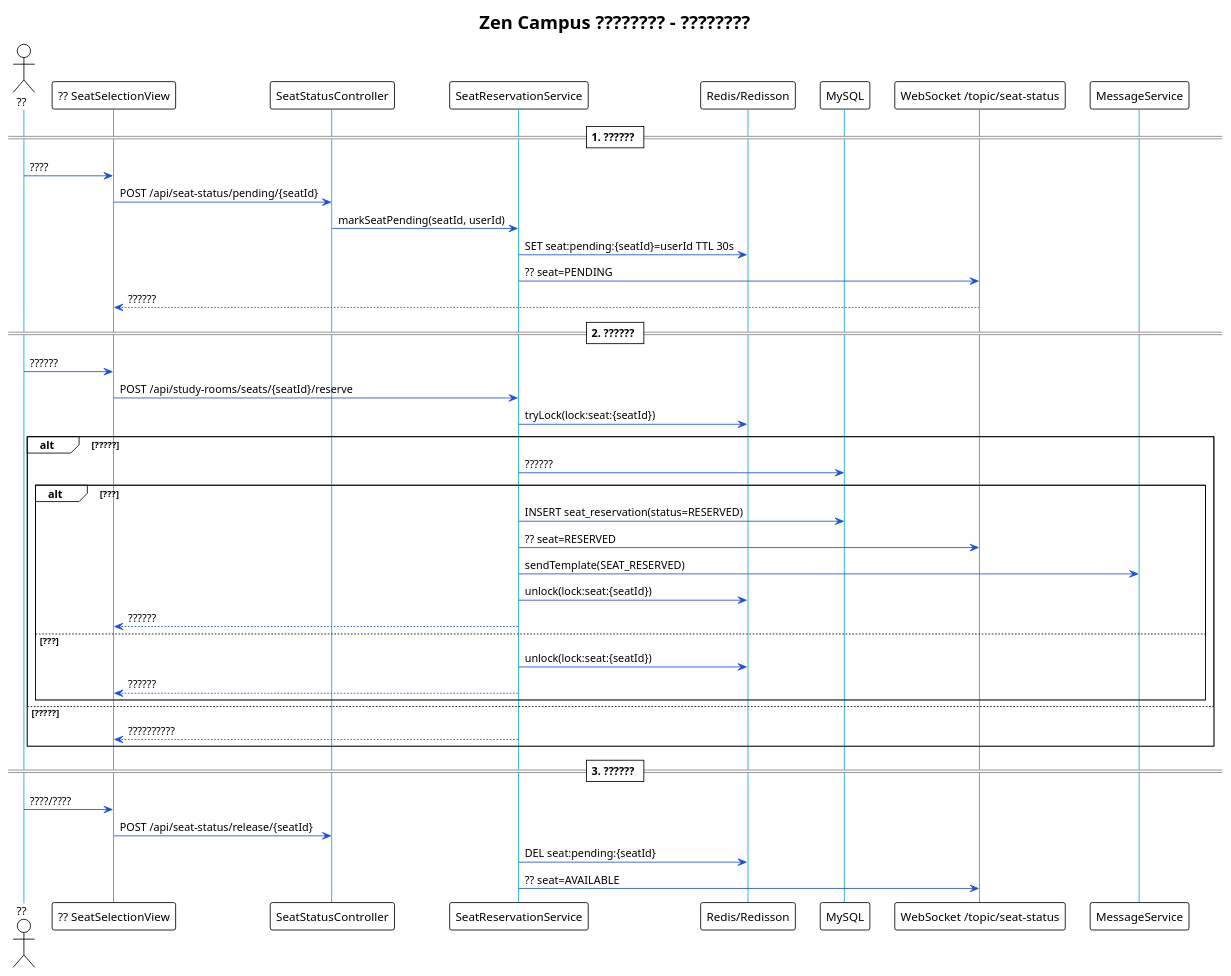
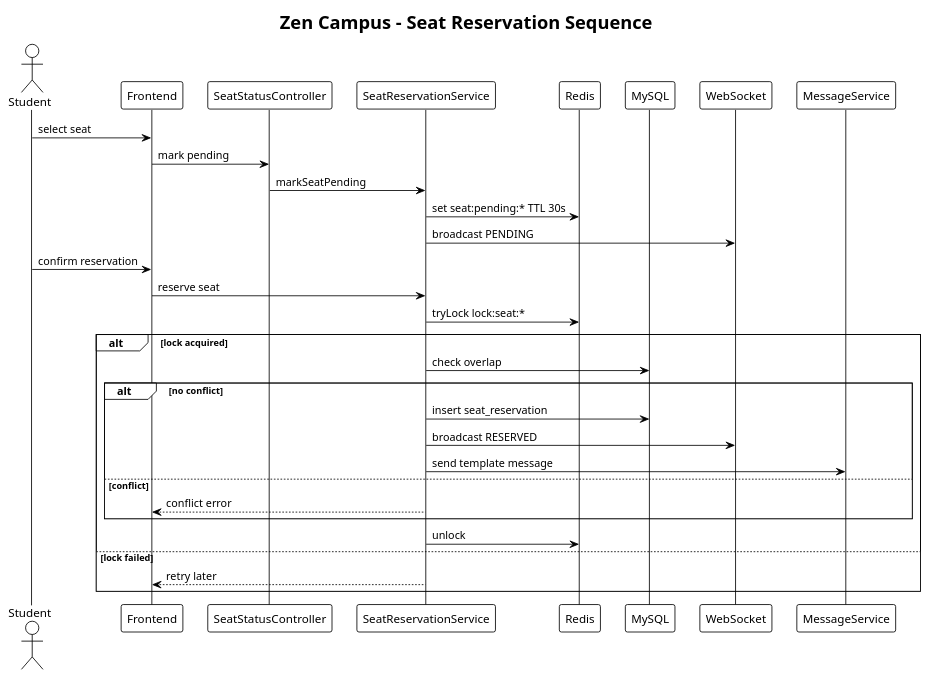
The diagram in report/result/charts/05_Business_Process_Sequence.puml (ooyyh/zen), drawn with PlantUML before and after one commit. The commit also changed 16 other files, not shown here.

```diff
--- a/report/result/charts/05_Business_Process_Sequence.puml
+++ b/report/result/charts/05_Business_Process_Sequence.puml
@@ -1,55 +1,39 @@
-@startuml ???????
+@startuml Seat Reservation Sequence
 !theme plain
 skinparam backgroundColor #FFFFFF
-skinparam sequence {
-  ArrowColor #1D4ED8
-  LifeLineBackgroundColor #E0F2FE
-  LifeLineBorderColor #0EA5E9
-}
 
-title Zen Campus ???????? - ????????
+title Zen Campus - Seat Reservation Sequence
 
-actor "??" as Student
-participant "?? SeatSelectionView" as Frontend
-participant "SeatStatusController" as SeatStatusController
-participant "SeatReservationService" as SeatService
-participant "Redis/Redisson" as Redis
-participant "MySQL" as Mysql
-participant "WebSocket /topic/seat-status" as WsTopic
-participant "MessageService" as MsgService
+actor Student
+participant Frontend
+participant SeatStatusController
+participant SeatReservationService
+participant Redis
+participant MySQL
+participant WebSocket
+participant MessageService
 
-== 1. ?????? ==
-Student -> Frontend: ????
-Frontend -> SeatStatusController: POST /api/seat-status/pending/{seatId}
-SeatStatusController -> SeatService: markSeatPending(seatId, userId)
-SeatService -> Redis: SET seat:pending:{seatId}=userId TTL 30s
-SeatService -> WsTopic: ?? seat=PENDING
-WsTopic --> Frontend: ??????
+Student -> Frontend: select seat
+Frontend -> SeatStatusController: mark pending
+SeatStatusController -> SeatReservationService: markSeatPending
+SeatReservationService -> Redis: set seat:pending:* TTL 30s
+SeatReservationService -> WebSocket: broadcast PENDING
 
-== 2. ?????? ==
-Student -> Frontend: ??????
-Frontend -> SeatService: POST /api/study-rooms/seats/{seatId}/reserve
-SeatService -> Redis: tryLock(lock:seat:{seatId})
-alt ?????
-  SeatService -> Mysql: ??????
-  alt ???
-    SeatService -> Mysql: INSERT seat_reservation(status=RESERVED)
-    SeatService -> WsTopic: ?? seat=RESERVED
-    SeatService -> MsgService: sendTemplate(SEAT_RESERVED)
-    SeatService -> Redis: unlock(lock:seat:{seatId})
-    SeatService --> Frontend: ??????
-  else ???
-    SeatService -> Redis: unlock(lock:seat:{seatId})
-    SeatService --> Frontend: ??????
+Student -> Frontend: confirm reservation
+Frontend -> SeatReservationService: reserve seat
+SeatReservationService -> Redis: tryLock lock:seat:*
+alt lock acquired
+  SeatReservationService -> MySQL: check overlap
+  alt no conflict
+    SeatReservationService -> MySQL: insert seat_reservation
+    SeatReservationService -> WebSocket: broadcast RESERVED
+    SeatReservationService -> MessageService: send template message
+  else conflict
+    SeatReservationService --> Frontend: conflict error
   end
-else ?????
-  SeatService --> Frontend: ??????????
+  SeatReservationService -> Redis: unlock
+else lock failed
+  SeatReservationService --> Frontend: retry later
 end
 
-== 3. ?????? ==
-Student -> Frontend: ????/????
-Frontend -> SeatStatusController: POST /api/seat-status/release/{seatId}
-SeatService -> Redis: DEL seat:pending:{seatId}
-SeatService -> WsTopic: ?? seat=AVAILABLE
-
 @enduml
```
